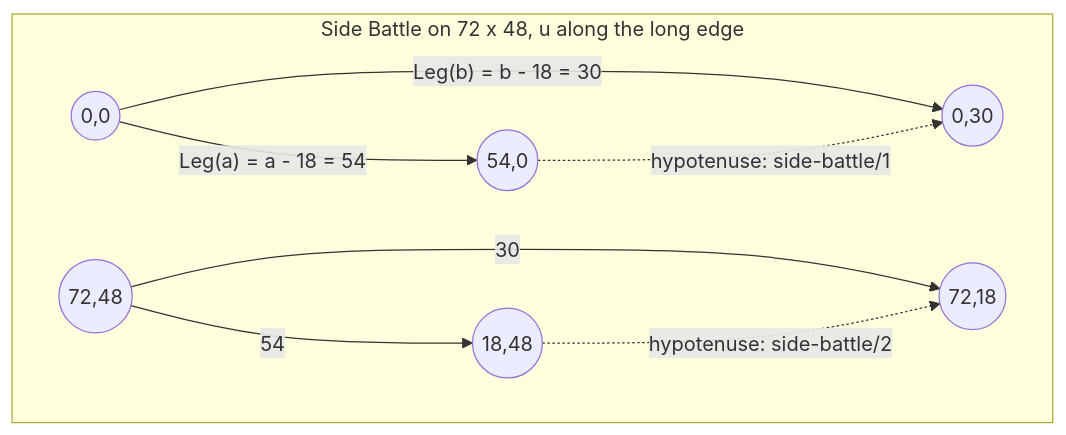
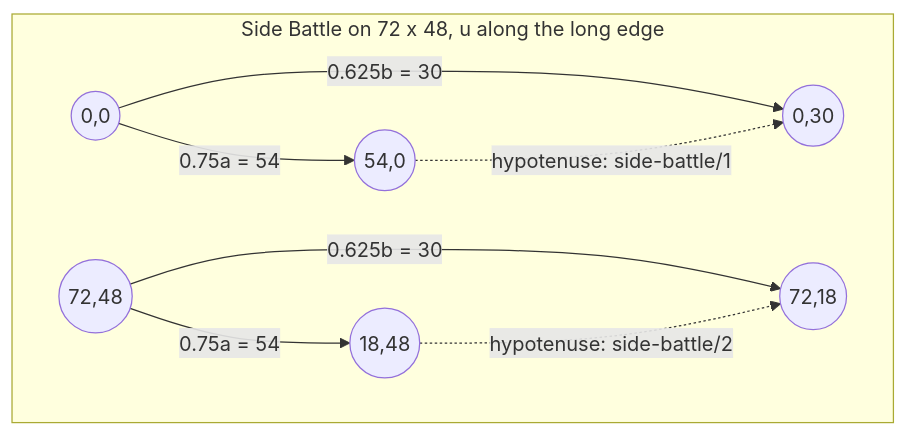
The seventh of 12 diagrams in docs/design/geometry/design.md (cstupi/tabletop), drawn with Mermaid before and after one commit. The commit also changed other lines of this file and 25 other files, not shown here.

````diff
--- a/docs/design/geometry/design.md
+++ b/docs/design/geometry/design.md
@@ -653,11 +715,11 @@
 ```mermaid
 flowchart TD
     subgraph tbl["Side Battle on 72 x 48, u along the long edge"]
-        C0(("0,0")) -->|"Leg(a) = a - 18 = 54"| P1(("54,0"))
-        C0 -->|"Leg(b) = b - 18 = 30"| P2(("0,30"))
+        C0(("0,0")) -->|"0.75a = 54"| P1(("54,0"))
+        C0 -->|"0.625b = 30"| P2(("0,30"))
         P1 -.->|"hypotenuse: side-battle/1"| P2
-        C1(("72,48")) -->|"54"| P3(("18,48"))
-        C1 -->|"30"| P4(("72,18"))
+        C1(("72,48")) -->|"0.75a = 54"| P3(("18,48"))
+        C1 -->|"0.625b = 30"| P4(("72,18"))
         P3 -.->|"hypotenuse: side-battle/2"| P4
     end
 ```
````
